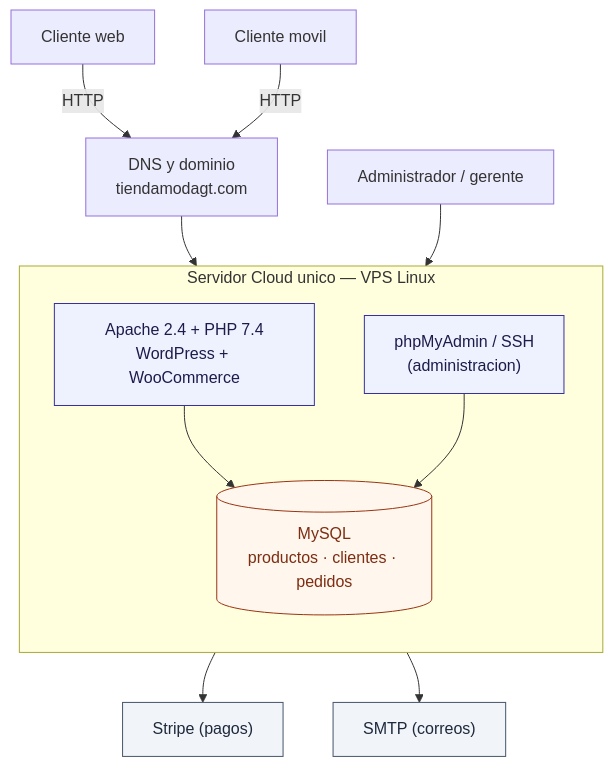
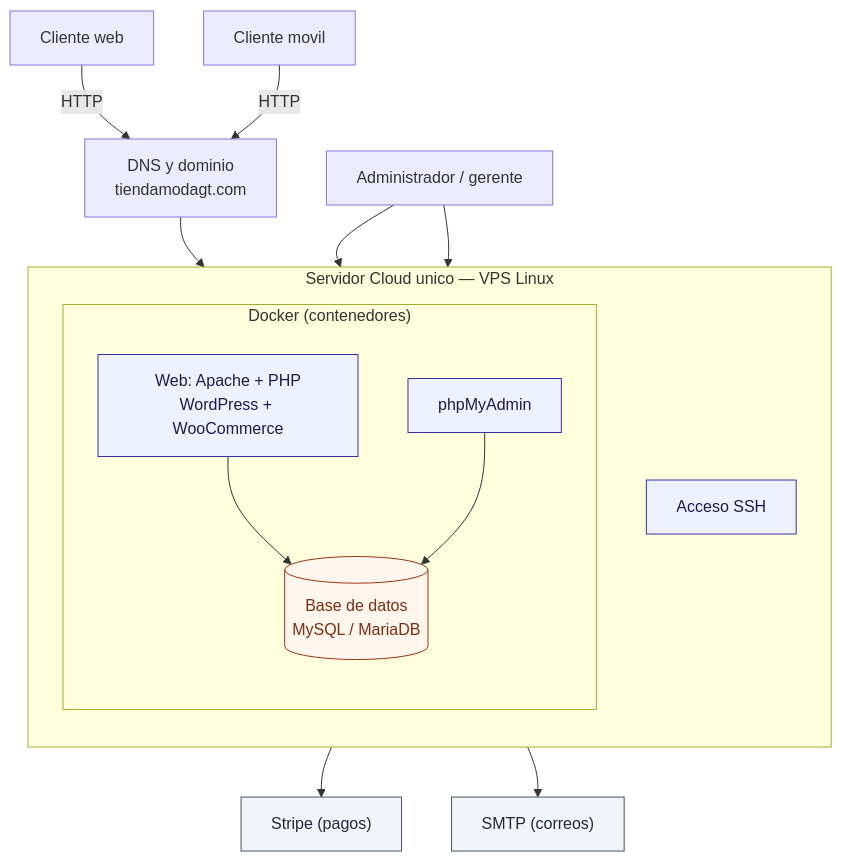
The diagram in README.md (JavierNavas/tienda-moda-gt), drawn with Mermaid before and after one commit. The commit also changed other lines of this file and 1 other file, not shown here.

Commit message:
Muestra los contenedores Docker en el diagrama de produccion, alineado con la Opcion B del enunciado

````diff
--- a/README.md
+++ b/README.md
@@ -22,32 +22,37 @@
 ```mermaid
 flowchart TB
     WEB["Cliente web"]
     MOV["Cliente movil"]
     OPS["Administrador / gerente"]
     DNS["DNS y dominio<br/>tiendamodagt.com"]
 
     subgraph HOST["Servidor Cloud unico — VPS Linux"]
         direction TB
-        APA["Apache 2.4 + PHP 7.4<br/>WordPress + WooCommerce"]
-        DB[("MySQL<br/>productos · clientes · pedidos")]
-        PMA["phpMyAdmin / SSH<br/>(administracion)"]
+        subgraph DOCKER["Docker (contenedores)"]
+            direction TB
+            WPC["Web: Apache + PHP<br/>WordPress + WooCommerce"]
+            DB[("Base de datos<br/>MySQL / MariaDB")]
+            PMA["phpMyAdmin"]
+        end
+        SSH["Acceso SSH"]
     end
 
     PAY["Stripe (pagos)"]
     MAIL["SMTP (correos)"]
 
     WEB -->|"HTTP"| DNS
     MOV -->|"HTTP"| DNS
-    DNS --> APA
-    APA --> DB
-    APA --> PAY
-    APA --> MAIL
+    DNS --> WPC
+    WPC --> DB
+    WPC --> PAY
+    WPC --> MAIL
     OPS --> PMA --> DB
+    OPS --> SSH
 
     classDef app fill:#eef2ff,stroke:#3730a3,color:#1e1b4b;
     classDef db fill:#fff7ed,stroke:#9a3412,color:#7c2d12;
     classDef ext fill:#f1f5f9,stroke:#475569,color:#1e293b;
-    class APA,PMA app;
+    class WPC,PMA,SSH app;
     class DB db;
     class PAY,MAIL ext;
 ```
````
